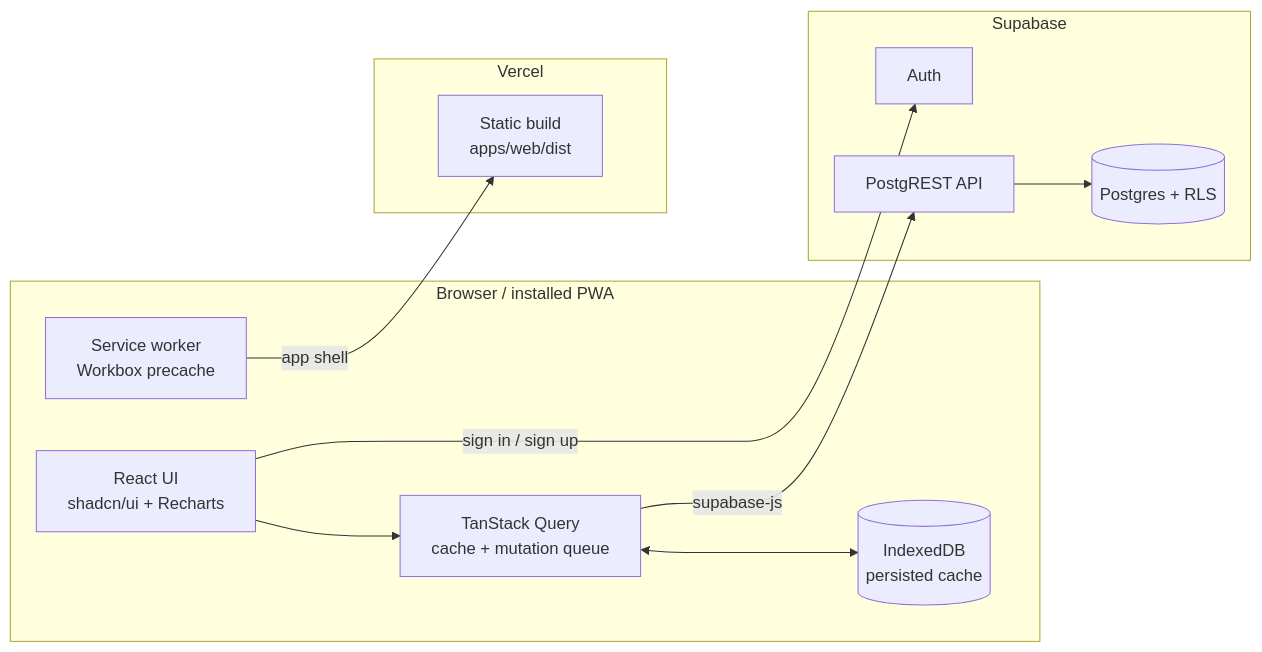
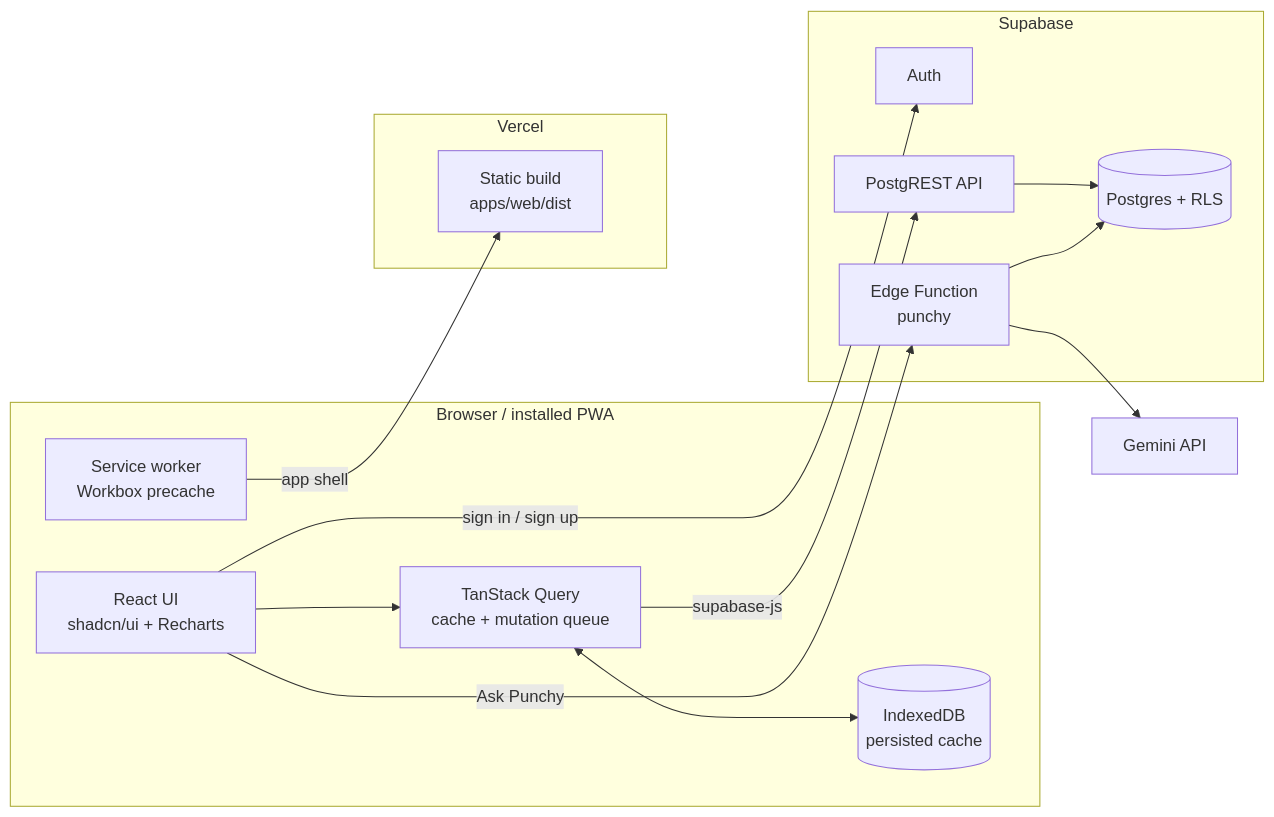
The diagram in docs/ARCHITECTURE.md (ecv-wilbert/task-management-system), drawn with Mermaid before and after one commit. The commit also changed other lines of this file and 55 other files, not shown here.

````diff
--- a/docs/ARCHITECTURE.md
+++ b/docs/ARCHITECTURE.md
@@ -5,23 +8,28 @@
 ```mermaid
 flowchart LR
   subgraph Browser["Browser / installed PWA"]
     UI[React UI<br/>shadcn/ui + Recharts]
     RQ[TanStack Query<br/>cache + mutation queue]
     IDB[(IndexedDB<br/>persisted cache)]
     SW[Service worker<br/>Workbox precache]
     UI --> RQ
     RQ <--> IDB
   end
   subgraph Vercel
     Static[Static build<br/>apps/web/dist]
   end
   subgraph Supabase
     Auth[Auth]
     REST[PostgREST API]
+    FN[Edge Function<br/>punchy]
     PG[(Postgres + RLS)]
     REST --> PG
+    FN --> PG
   end
+  Gemini[Gemini API]
   SW -- app shell --> Static
   RQ -- supabase-js --> REST
   UI -- sign in / sign up --> Auth
+  UI -- Ask Punchy --> FN
+  FN --> Gemini
 ```
````
